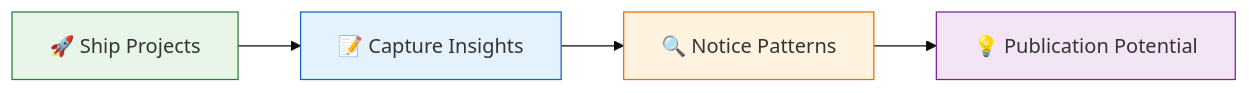
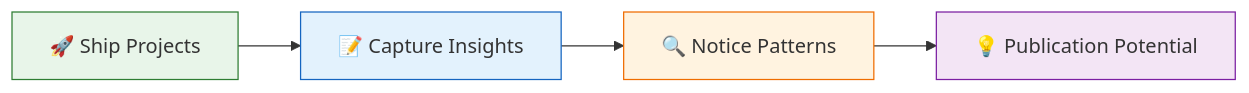
Before and after one commit to fabioc-aloha/Alex_Plug_In: the first of 2 diagrams in platforms/vscode-extension/.github/skills/practitioner-research/SKILL.md, drawn with Mermaid. The commit also changed other lines of this file and 1238 other files, not shown here.

````diff
--- a/platforms/vscode-extension/.github/skills/practitioner-research/SKILL.md
+++ b/platforms/vscode-extension/.github/skills/practitioner-research/SKILL.md
@@ -28,11 +28,10 @@
 ```mermaid
-%%{init: {'theme': 'base', 'themeVariables': { 'edgeLabelBackground': '#ffffff'}}}%%
 flowchart LR
     P1["🚀 Ship Projects"] --> P2["📝 Capture Insights"] --> P3["🔍 Notice Patterns"]
     P3 --> P4["💡 Publication Potential"]
     
     style P1 fill:#e8f5e9,stroke:#2e7d32
     style P2 fill:#e3f2fd,stroke:#1565c0
     style P3 fill:#fff3e0,stroke:#ef6c00
     style P4 fill:#f3e5f5,stroke:#7b1fa2
 ```
````
